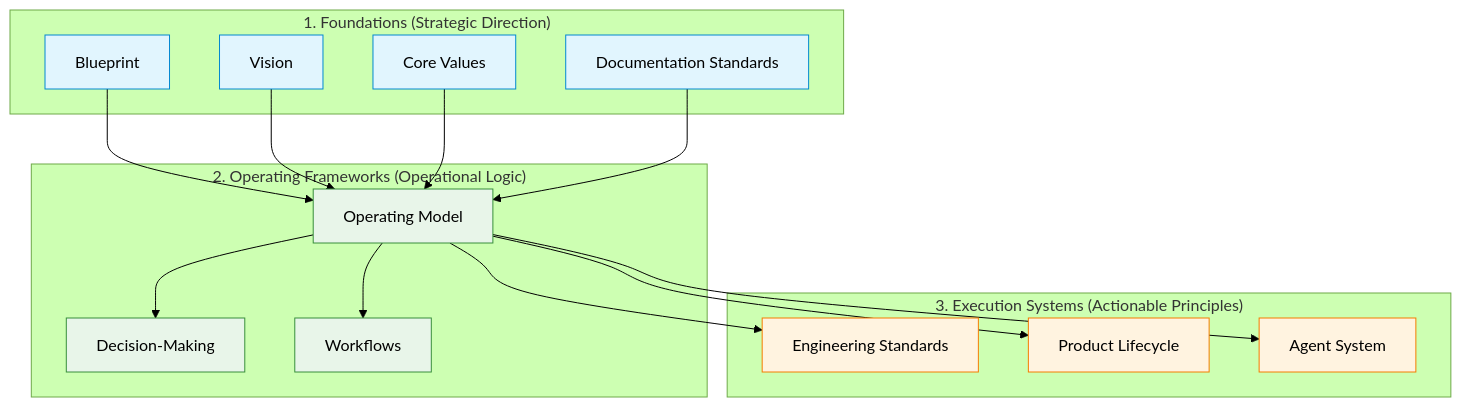
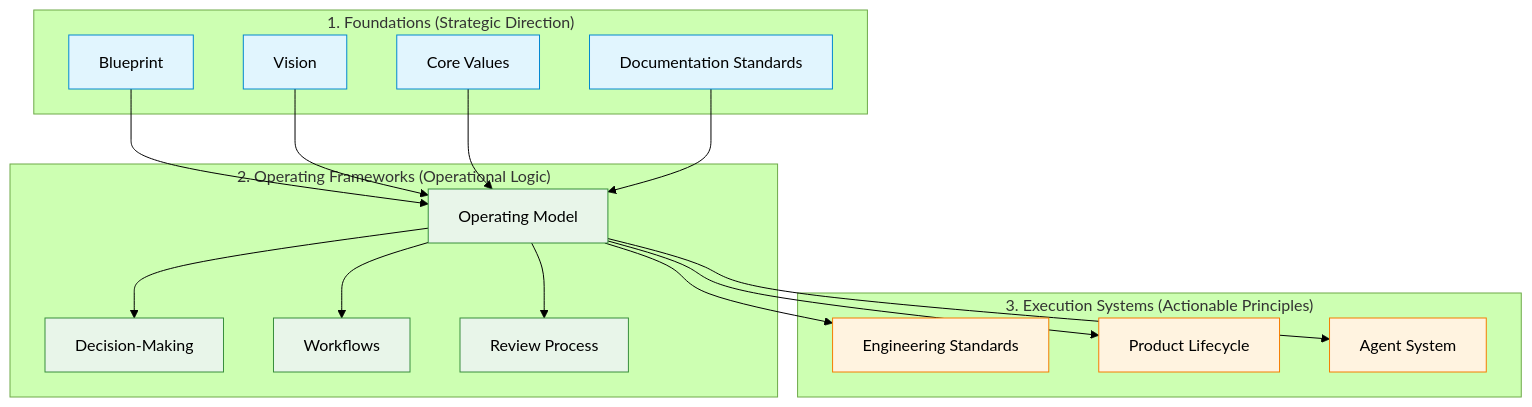
Before and after one commit to vectorlabs-studio/vectorlabs-studio: the diagram in docs/README.md, drawn with Mermaid (forest theme). The commit also changed other lines of this file, not shown here.

Commit message:
docs: include REVIEW_PROCESS.md in handbook README

````diff
--- a/docs/README.md
+++ b/docs/README.md
@@ -23,36 +23,38 @@
 ```mermaid
 graph TD
     classDef default fill:#f9f9f9,stroke:#333,stroke-width:1px;
     classDef foundation fill:#e1f5fe,stroke:#0288d1,stroke-width:1px;
     classDef framework fill:#e8f5e9,stroke:#388e3c,stroke-width:1px;
     classDef execution fill:#fff3e0,stroke:#f57c00,stroke-width:1px;
 
     subgraph Foundations ["1. Foundations (Strategic Direction)"]
         blueprint["Blueprint"]:::foundation
         vision["Vision"]:::foundation
         values["Core Values"]:::foundation
         doc_standards["Documentation Standards"]:::foundation
     end
 
     subgraph Frameworks ["2. Operating Frameworks (Operational Logic)"]
         op_model["Operating Model"]:::framework
         dec_making["Decision-Making"]:::framework
         workflows["Workflows"]:::framework
+        review["Review Process"]:::framework
     end
 
     subgraph Execution ["3. Execution Systems (Actionable Principles)"]
         eng_standards["Engineering Standards"]:::execution
         lifecycle["Product Lifecycle"]:::execution
         agents["Agent System"]:::execution
     end
 
     blueprint --> op_model
     vision --> op_model
     values --> op_model
     doc_standards --> op_model
     op_model --> dec_making
     op_model --> workflows
+    op_model --> review
     op_model --> eng_standards
     op_model --> lifecycle
     op_model --> agents
 ```
````
